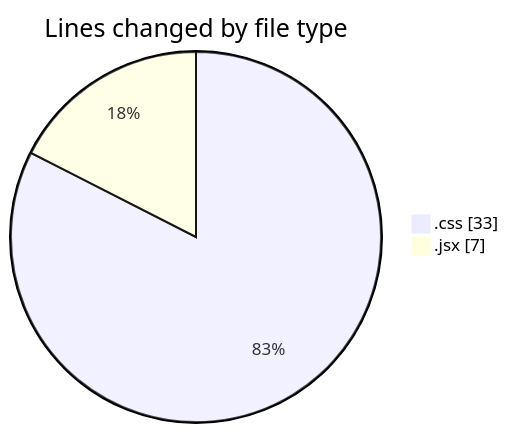
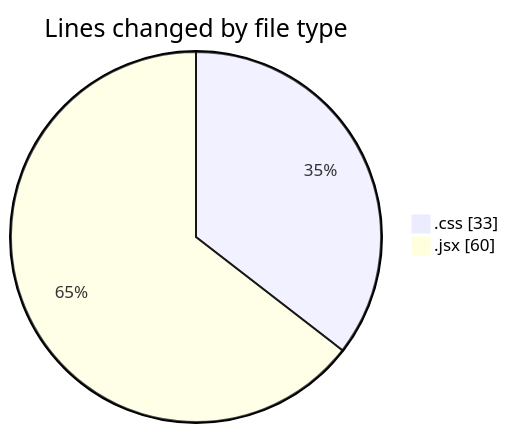
Before and after one commit to Elitesun/code-tracking: the first of 2 diagrams in 2025-02-14/elitegpt/README.md, drawn with Mermaid. The commit also changed other lines of this file and 1 other file, not shown here.

````diff
--- a/2025-02-14/elitegpt/README.md
+++ b/2025-02-14/elitegpt/README.md
@@ -23,6 +23,6 @@
 ```mermaid
 pie showData
 title Lines changed by file type
 ".css" : 33
-".jsx" : 7
+".jsx" : 60
 ```
````
